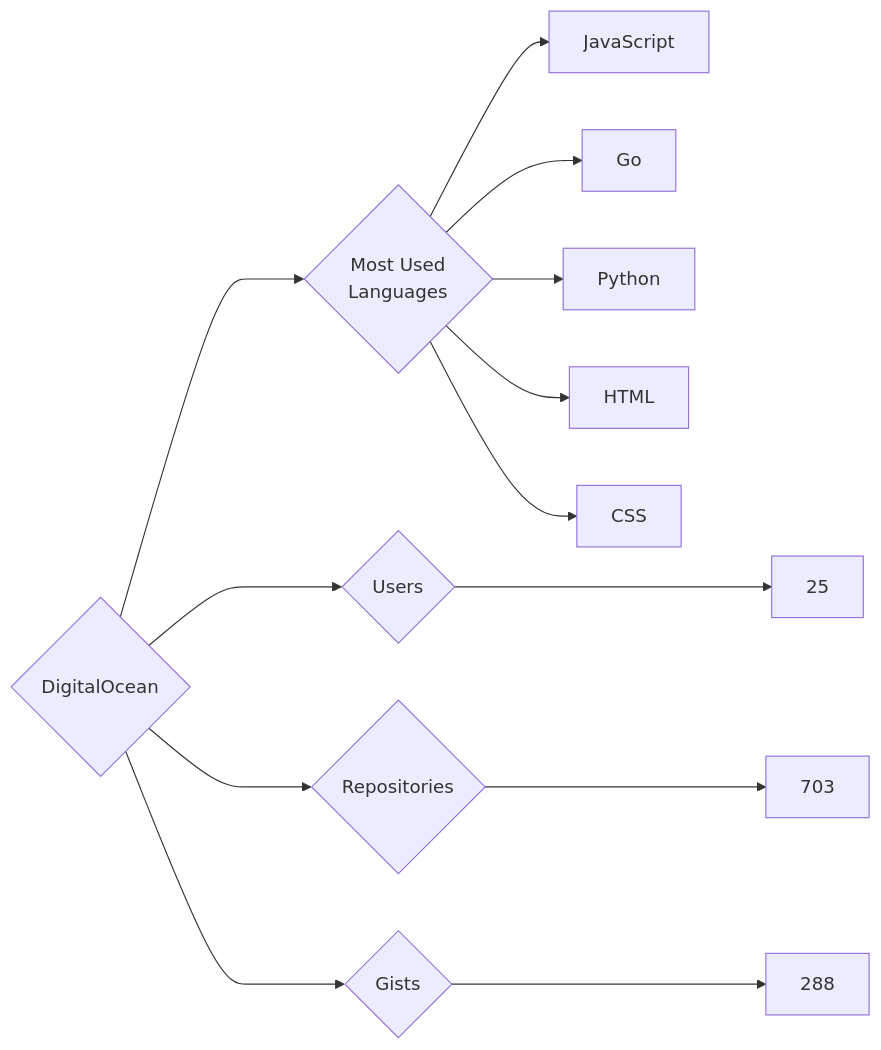
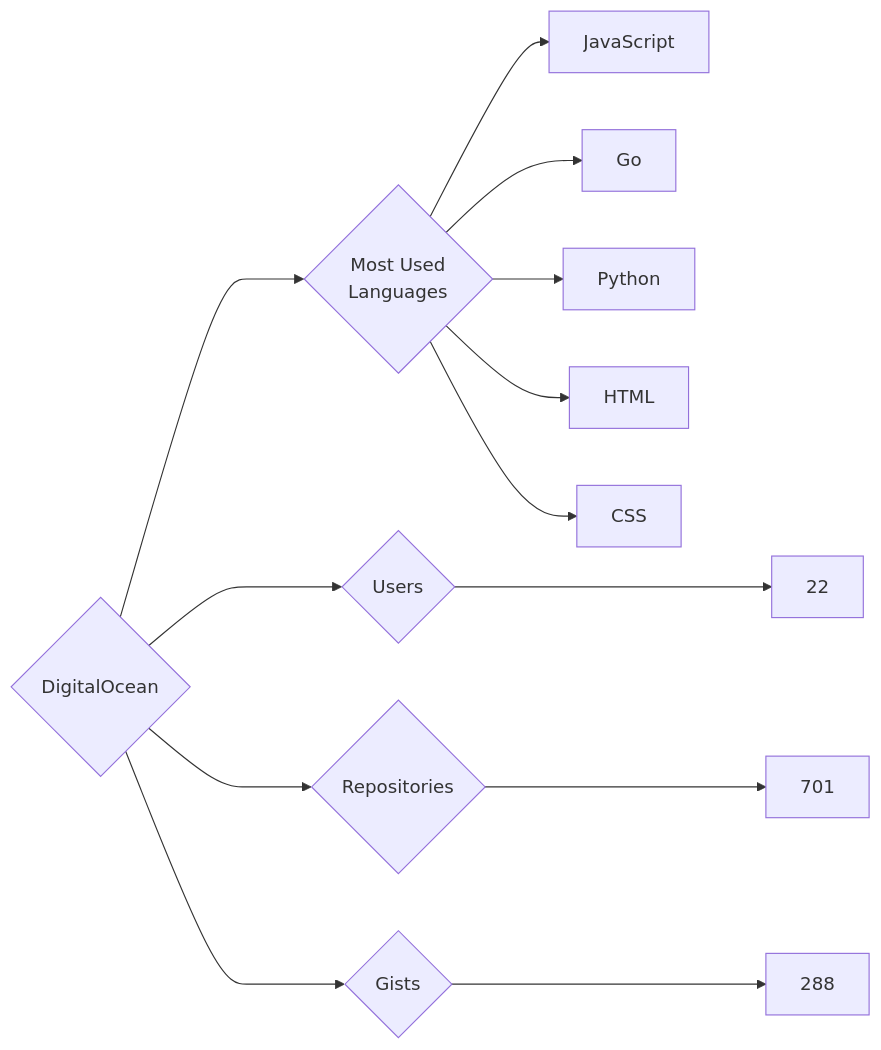
One commit to trickest/insiders changed the diagram in targets/DigitalOcean/README.md. Above: the diagram before and after it, drawn with Mermaid. The commit also changed 998 other files, not shown here.

````diff
--- a/targets/DigitalOcean/README.md
+++ b/targets/DigitalOcean/README.md
@@ -3,13 +3,13 @@
 ```mermaid
 graph LR
 COMPANY_NAME{DigitalOcean}
-COMPANY_NAME ---> U{Users} ---> UN[25]
-COMPANY_NAME ---> R{Repositories} ---> RN[703]
+COMPANY_NAME ---> U{Users} ---> UN[22]
+COMPANY_NAME ---> R{Repositories} ---> RN[701]
 COMPANY_NAME ---> G{Gists} ---> GN[288]
 COMPANY_NAME ---> ML{Most Used<br>Languages}
 ML --> JavaScript[JavaScript]
 ML --> Go[Go]
 ML --> Python[Python]
 ML --> HTML[HTML]
 ML --> CSS[CSS]
 ```
````
